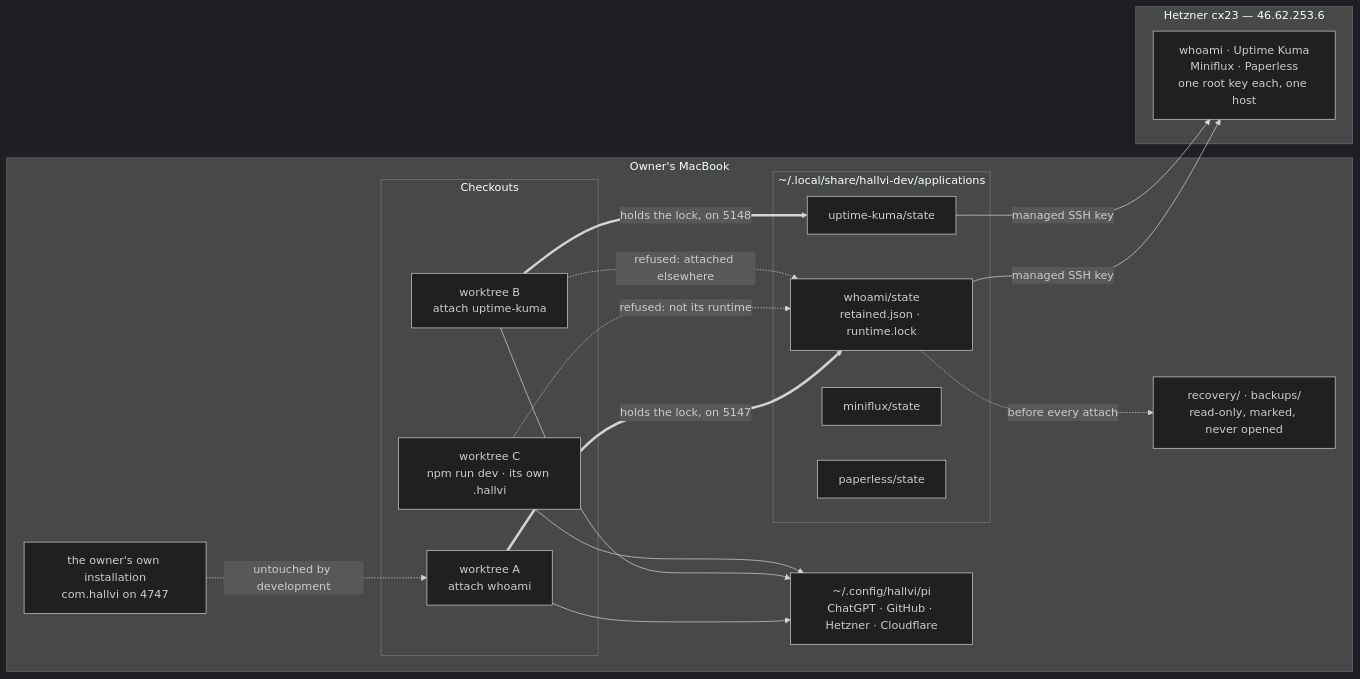
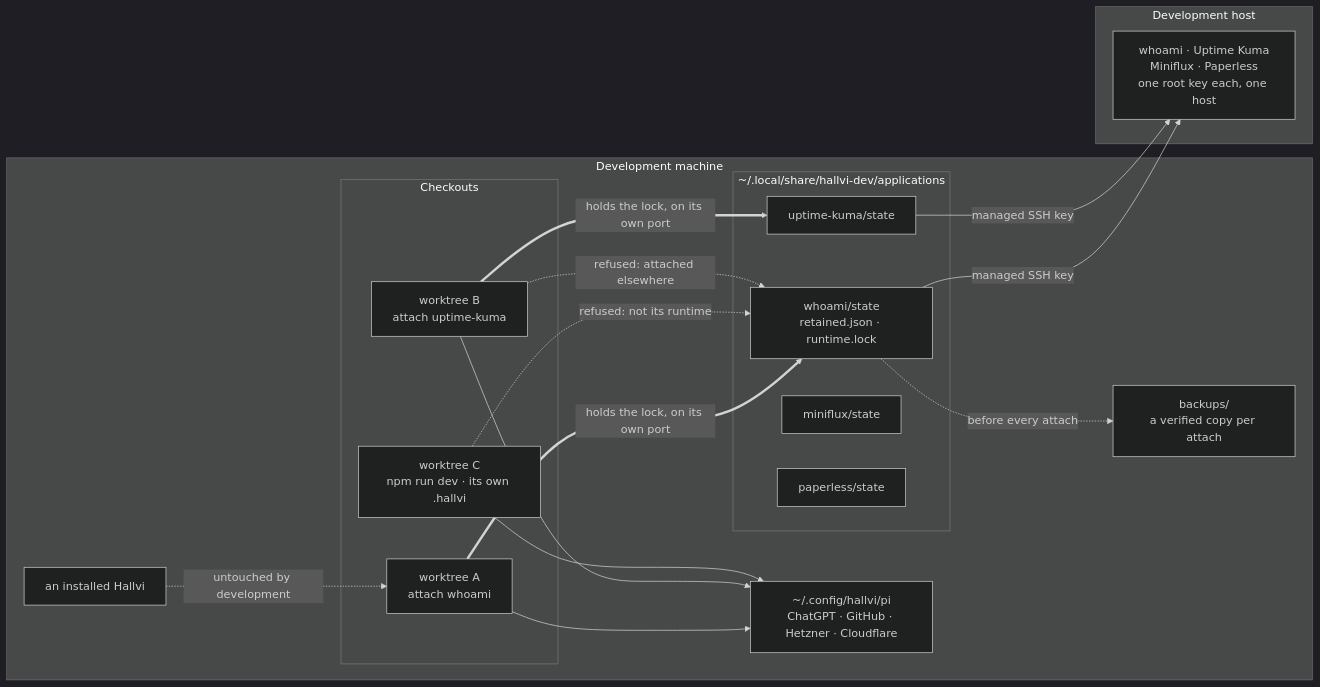
The diagram in docs/architecture/development-environment.md (lustoykov/hallvi), drawn with Mermaid (dark theme) before and after one commit. The commit also changed other lines of this file and 4 other files, not shown here.

````diff
--- a/docs/architecture/development-environment.md
+++ b/docs/architecture/development-environment.md
@@ -10,34 +10,34 @@
 ```mermaid
 flowchart LR
-    subgraph mac["Owner's MacBook"]
+    subgraph mac["Development machine"]
         subgraph src["Checkouts"]
             a["worktree A<br/>attach whoami"]
             b["worktree B<br/>attach uptime-kuma"]
             c["worktree C<br/>npm run dev · its own .hallvi"]
         end
         subgraph kept["~/.local/share/hallvi-dev/applications"]
             whoami["whoami/state<br/>retained.json · runtime.lock"]
             kuma["uptime-kuma/state"]
             mini["miniflux/state"]
             paper["paperless/state"]
         end
         account["~/.config/hallvi/pi<br/>ChatGPT · GitHub · Hetzner · Cloudflare"]
-        recovery["recovery/ · backups/<br/>read-only, marked, never opened"]
-        installed["the owner's own installation<br/>com.hallvi on 4747"]
+        recovery["backups/<br/>a verified copy per attach"]
+        installed["an installed Hallvi"]
     end
-    subgraph host["Hetzner cx23 — 46.62.253.6"]
+    subgraph host["Development host"]
         apps["whoami · Uptime Kuma<br/>Miniflux · Paperless<br/>one root key each, one host"]
     end
 
-    a ==>|"holds the lock, on 5147"| whoami
-    b ==>|"holds the lock, on 5148"| kuma
+    a ==>|"holds the lock, on its own port"| whoami
+    b ==>|"holds the lock, on its own port"| kuma
     c -.->|"refused: not its runtime"| whoami
     b -.->|"refused: attached elsewhere"| whoami
     a --> account
     b --> account
     c --> account
     whoami -->|"managed SSH key"| apps
     kuma -->|"managed SSH key"| apps
     whoami -.->|"before every attach"| recovery
     installed -.->|"untouched by development"| a
 ```
````
